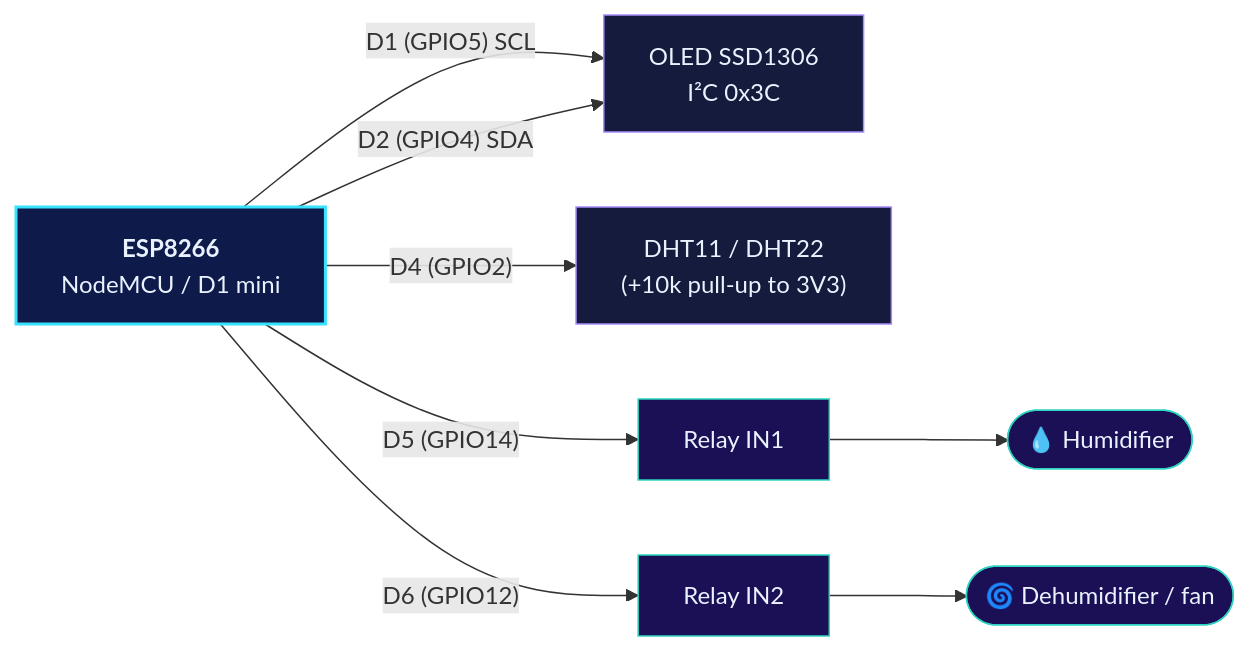
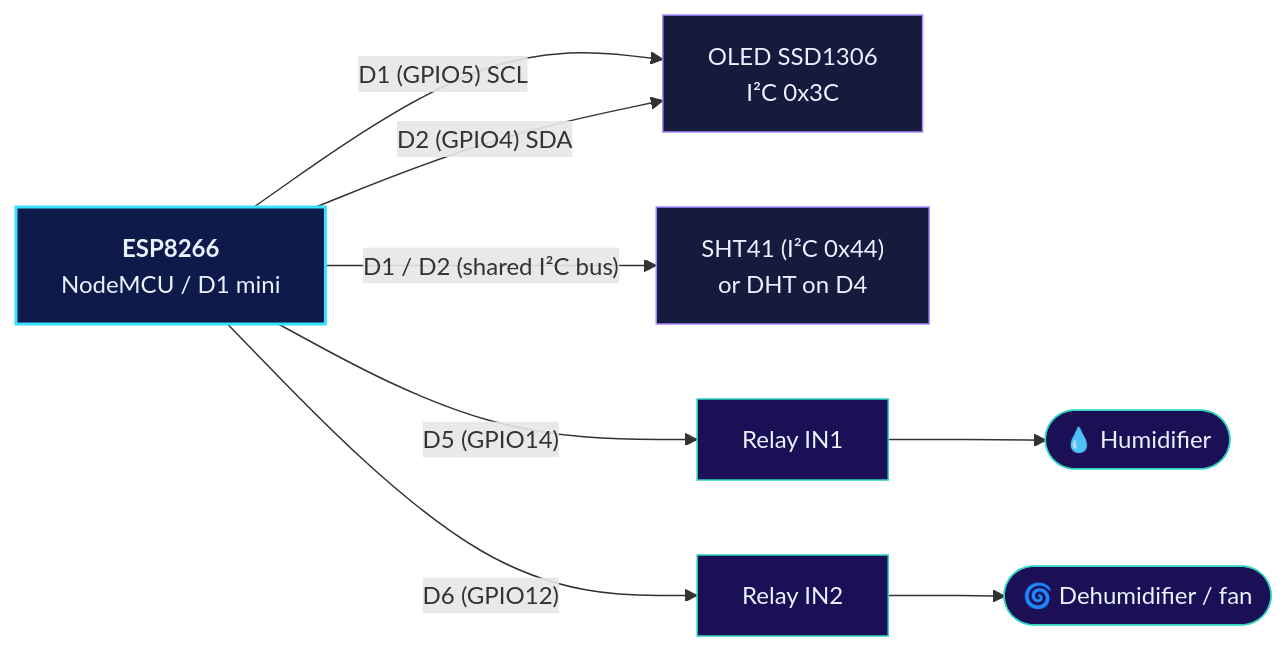
One commit to Am4l-babu/humidity-controller changed the first of 3 diagrams in README.md. Above: the diagram before and after it, drawn with Mermaid. The commit also changed other lines of this file and 3 other files, not shown here.

````diff
--- a/README.md
+++ b/README.md
@@ -118,20 +118,20 @@
 ```mermaid
 flowchart LR
     classDef mcu fill:#0d1a4a,stroke:#38e1ff,color:#eaf2ff,stroke-width:2px
     classDef part fill:#141b3d,stroke:#a78bfa,color:#eaf2ff
     classDef out fill:#1b1055,stroke:#2dd4bf,color:#eaf2ff
 
     ESP["<b>ESP8266</b><br/>NodeMCU / D1 mini"]:::mcu
     OLED["OLED SSD1306<br/>I²C 0x3C"]:::part
-    DHT["DHT11 / DHT22<br/>(+10k pull-up to 3V3)"]:::part
+    SENS["SHT41 (I²C 0x44)<br/>or DHT on D4"]:::part
     R1["Relay IN1"]:::out
     R2["Relay IN2"]:::out
     HUM(["💧 Humidifier"]):::out
     DEH(["🌀 Dehumidifier / fan"]):::out
 
     ESP -- "D1 (GPIO5) SCL" --> OLED
     ESP -- "D2 (GPIO4) SDA" --> OLED
-    ESP -- "D4 (GPIO2)" --> DHT
+    ESP -- "D1 / D2 (shared I²C bus)" --> SENS
     ESP -- "D5 (GPIO14)" --> R1 --> HUM
     ESP -- "D6 (GPIO12)" --> R2 --> DEH
 ```
````
